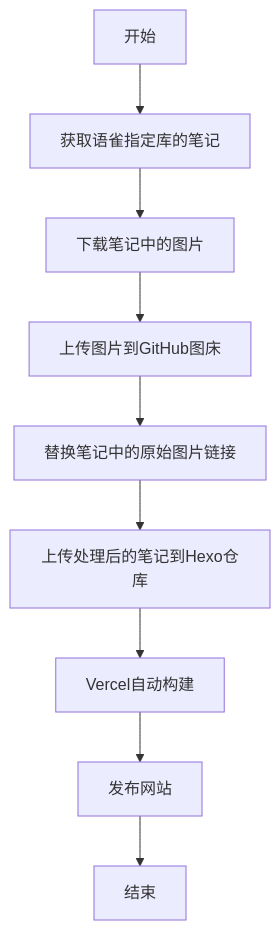
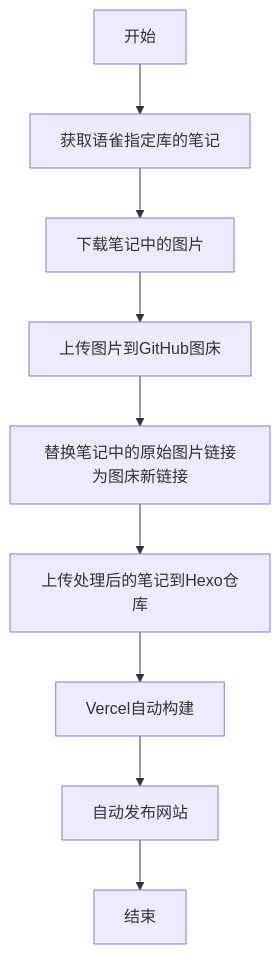
The diagram in README.md (gyc-12/yuque2md), drawn with Mermaid before and after one commit. The commit also changed other lines of this file and 7 other files, not shown here.

````diff
--- a/README.md
+++ b/README.md
@@ -12,11 +12,11 @@
 ```mermaid
 flowchart TD
 A[开始] --> B[获取语雀指定库的笔记]
 B --> C[下载笔记中的图片]
 C --> D[上传图片到GitHub图床]
-D --> E[替换笔记中的原始图片链接]
+D --> E[替换笔记中的原始图片链接为图床新链接]
 E --> F[上传处理后的笔记到Hexo仓库]
 F --> G[Vercel自动构建]
-G --> H[发布网站]
+G --> H[自动发布网站]
 H --> I[结束]
 ```
````
